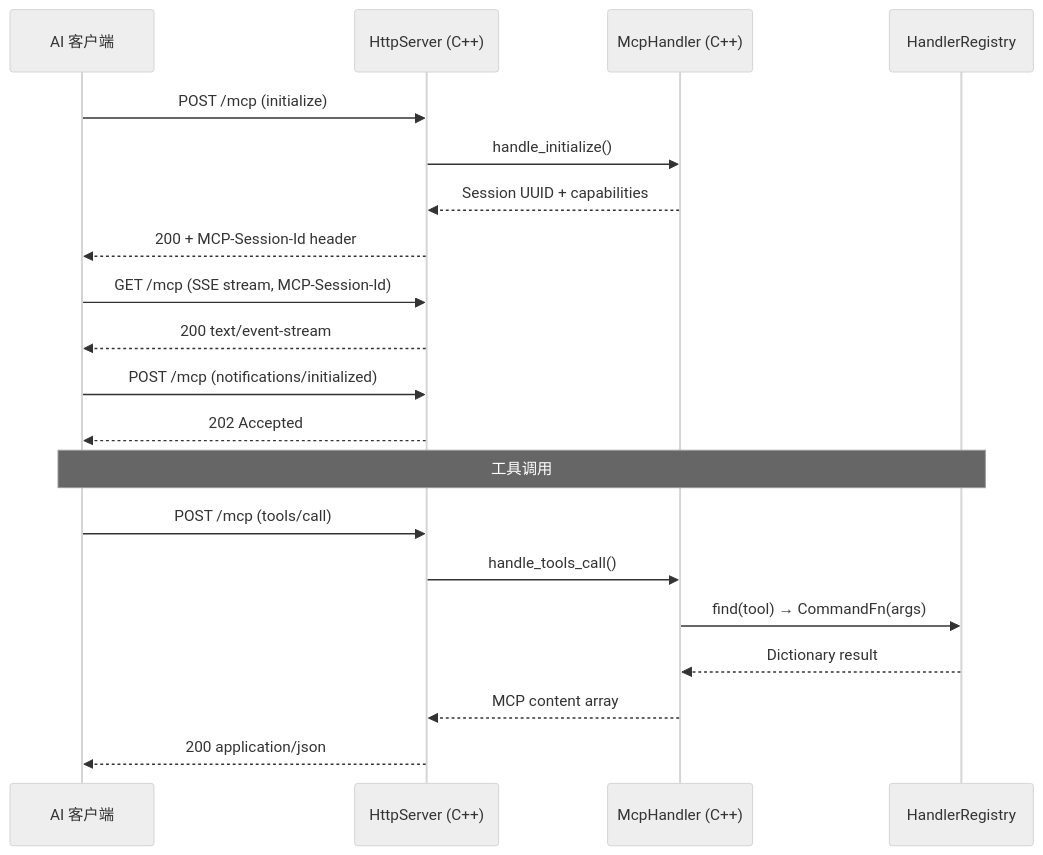
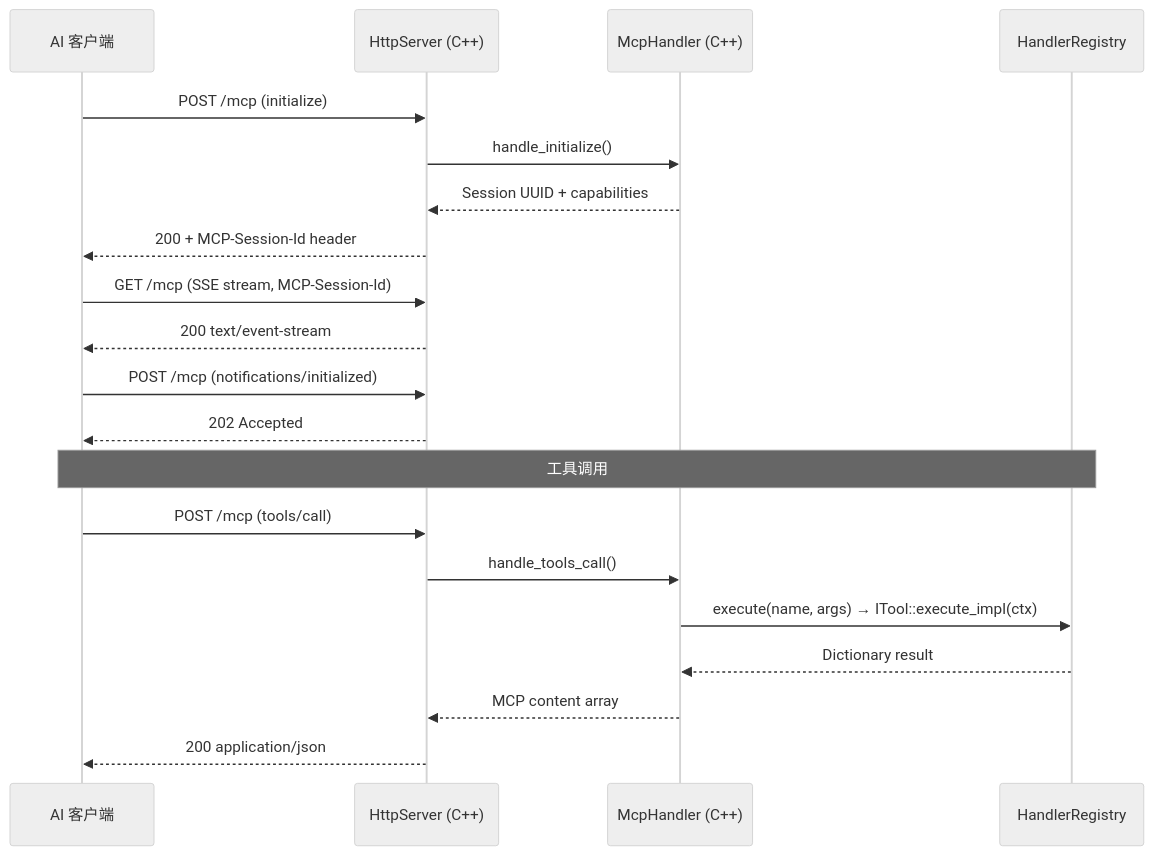
The diagram in .repo_wiki/modules/ipc-bridge.md (jesspig/GodotMCP-GDExtension), drawn with Mermaid (neutral theme) before and after one commit. The commit also changed 8 other files, not shown here.

````diff
--- a/.repo_wiki/modules/ipc-bridge.md
+++ b/.repo_wiki/modules/ipc-bridge.md
@@ -7,27 +7,27 @@
 ```mermaid
 sequenceDiagram
     participant Client as AI 客户端
     participant HTTP as HttpServer (C++)
     participant MCP as McpHandler (C++)
     participant REG as HandlerRegistry
     
     Client->>HTTP: POST /mcp (initialize)
     HTTP->>MCP: handle_initialize()
     MCP-->>HTTP: Session UUID + capabilities
     HTTP-->>Client: 200 + MCP-Session-Id header
     
     Client->>HTTP: GET /mcp (SSE stream, MCP-Session-Id)
     HTTP-->>Client: 200 text/event-stream
     
     Client->>HTTP: POST /mcp (notifications/initialized)
     HTTP-->>Client: 202 Accepted
     
     Note over Client,REG: 工具调用
     
     Client->>HTTP: POST /mcp (tools/call)
     HTTP->>MCP: handle_tools_call()
-    MCP->>REG: find(tool) → CommandFn(args)
+    MCP->>REG: execute(name, args) → ITool::execute_impl(ctx)
     REG-->>MCP: Dictionary result
     MCP-->>HTTP: MCP content array
     HTTP-->>Client: 200 application/json
 ```
````
